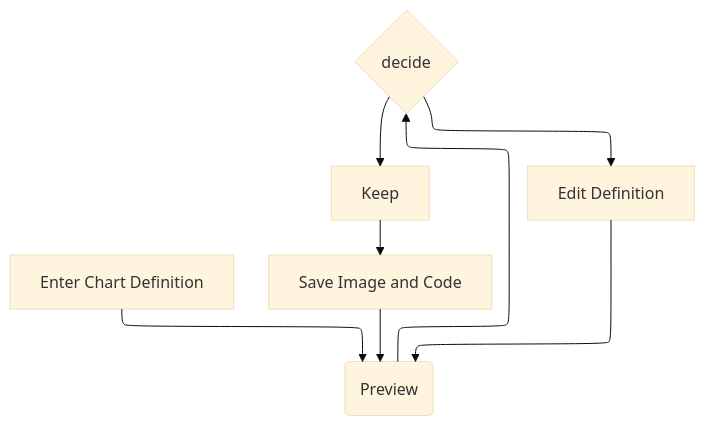
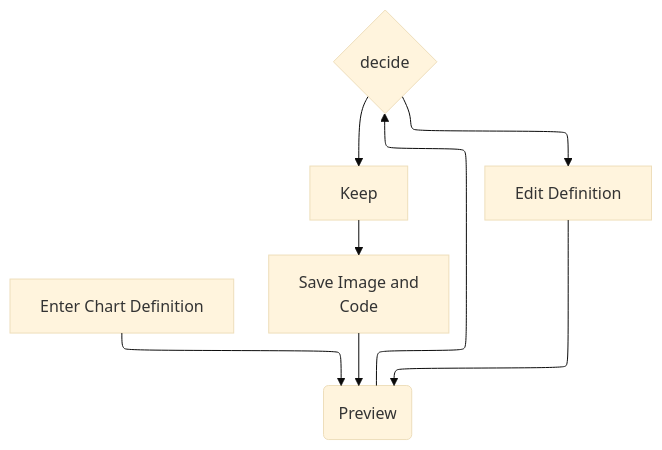
The second of 3 diagrams in marp-sample/sample.md (morish000/markdown-it-extrajs), drawn with Mermaid (base theme) before and after one commit. The commit also changed 17 other files, not shown here.

Commit message:
update for mermaid

```diff
--- a/marp-sample/sample.md
+++ b/marp-sample/sample.md
@@ -129,11 +129,11 @@
 <pre class="mermaid" style="background-color: white;">
 %%{init: {"flowchart": {"defaultRenderer": "elk"}} }%%
 flowchart TD
   A[Enter Chart Definition] --> B(Preview)
   B --> C{decide}
   C --> D[Keep]
   C --> E[Edit Definition]
   E --> B
-  D --> F[Save Image and Code]
+  D --> F[Save Image and <br/> Code]
   F --> B
 </pre>
```
